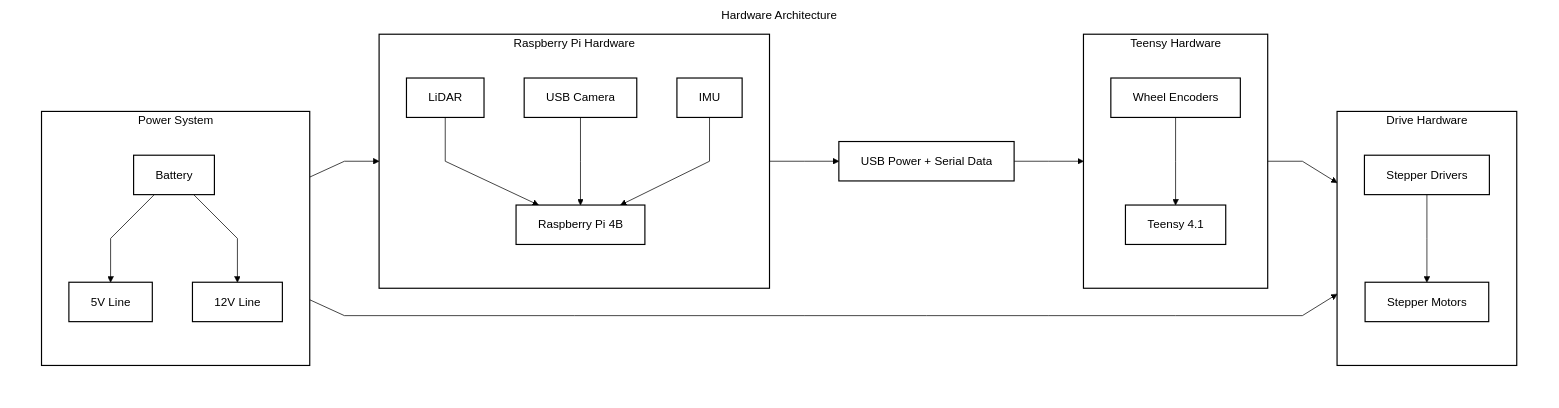
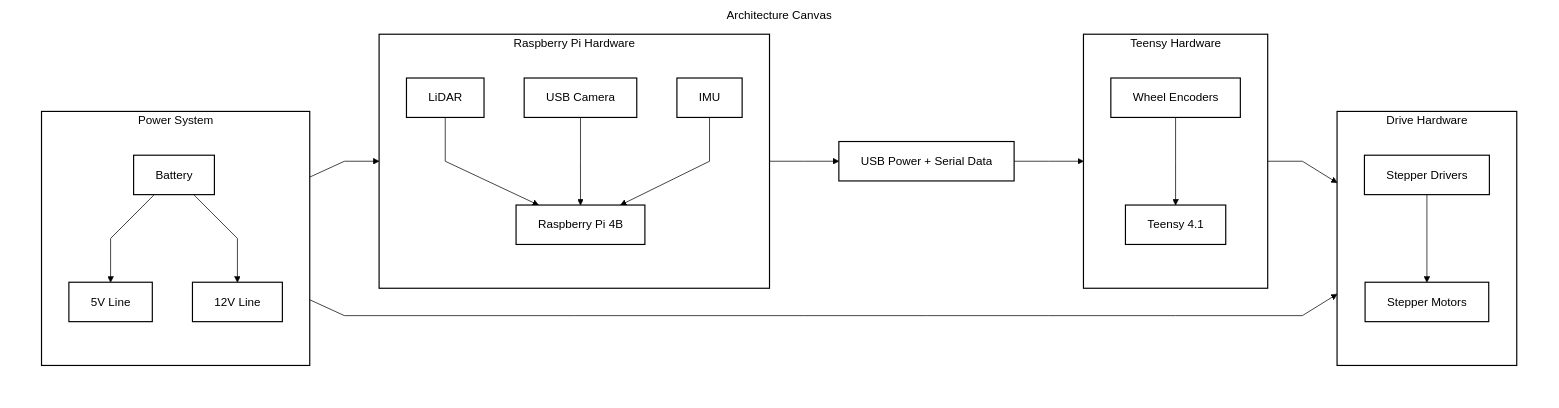
The first of 2 diagrams in README.md (DyllonDunton1/Slambot_Charlie), drawn with Mermaid before and after one commit.

Commit message:
Update hardware mermaid diagram

````diff
--- a/README.md
+++ b/README.md
@@ -96,79 +96,79 @@
 ```mermaid
 ---
 config:
   theme: base
   themeVariables:
     background: '#ffffff'
     mainBkg: '#ffffff'
     primaryColor: '#ffffff'
     primaryTextColor: '#000000'
     primaryBorderColor: '#000000'
     clusterBkg: '#ffffff'
     clusterBorder: '#000000'
     lineColor: '#000000'
     edgeLabelBackground: '#ffffff'
     fontFamily: ''
   flowchart:
     curve: linear
     htmlLabels: true
     nodeSpacing: 55
     rankSpacing: 70
   layout: fixed
 ---
 flowchart LR
 
-    subgraph CANVAS[Hardware Architecture]
+    subgraph CANVAS[Architecture Canvas]
         direction LR
 
         subgraph POWER[Power System]
             direction TB
             BAT[Battery]
             V5[5V Line]
             V12[12V Line]
             BAT --> V5
             BAT --> V12
         end
 
         subgraph RPI[Raspberry Pi Hardware]
             direction TB
             PI[Raspberry Pi 4B]
             LIDAR[LiDAR]
             CAMERA[USB Camera]
             IMU[IMU]
             LIDAR --> PI
             CAMERA --> PI
             IMU --> PI
         end
 
         USB[USB Power + Serial Data]
 
         subgraph MCU[Teensy Hardware]
             direction TB
             TEENSY[Teensy 4.1]
             ENCODER[Wheel Encoders]
             ENCODER --> TEENSY
         end
 
         subgraph DRIVE[Drive Hardware]
             direction TB
             DRIVER[Stepper Drivers]
             MOTOR[Stepper Motors]
             DRIVER --> MOTOR
         end
 
         V5 --> PI
         V12 --> DRIVER
         PI --> USB
         USB --> TEENSY
         TEENSY --> DRIVER
     end
 
     classDef block fill:#ffffff,stroke:#000000,color:#000000,stroke-width:1.6px;
     class BAT,V5,V12,PI,LIDAR,CAMERA,IMU,USB,TEENSY,ENCODER,DRIVER,MOTOR block;
 
     style CANVAS fill:#ffffff,stroke:#ffffff,color:#000000
     style POWER fill:#ffffff,stroke:#000000,color:#000000,stroke-width:1.6px
     style RPI fill:#ffffff,stroke:#000000,color:#000000,stroke-width:1.6px
     style MCU fill:#ffffff,stroke:#000000,color:#000000,stroke-width:1.6px
     style DRIVE fill:#ffffff,stroke:#000000,color:#000000,stroke-width:1.6px
 ```
````
